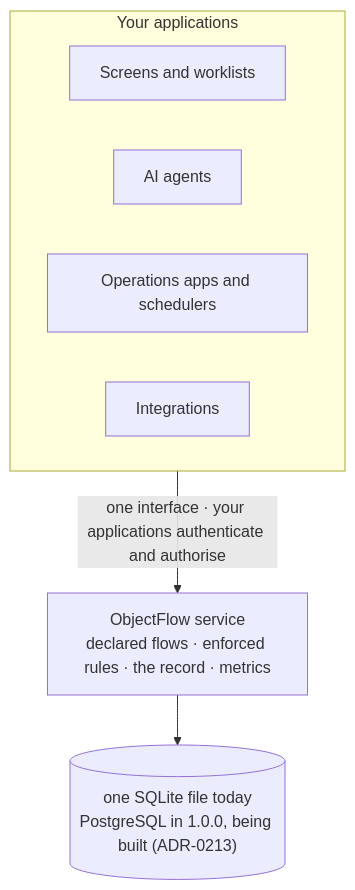
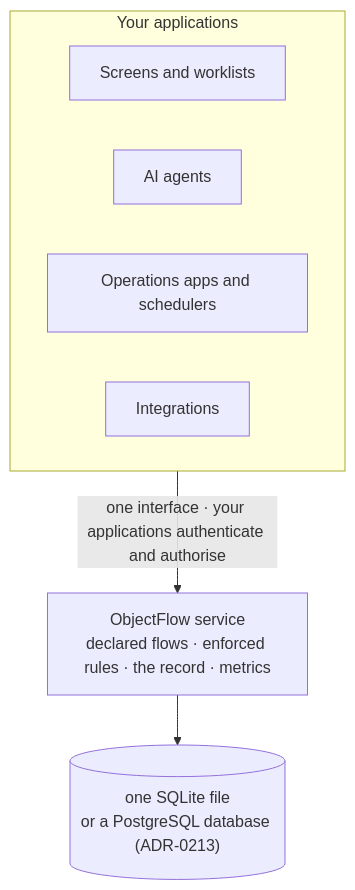
One commit to rxdu/object_flow changed the diagram in README.md. Above: the diagram before and after it, drawn with Mermaid. The commit also changed other lines of this file and 22 other files, not shown here.

````diff
--- a/README.md
+++ b/README.md
@@ -101,12 +101,12 @@
 ```mermaid
 flowchart TB
     subgraph apps["Your applications"]
         direction LR
         ui["Screens and worklists"]
         agents["AI agents"]
         ops["Operations apps and schedulers"]
         integ["Integrations"]
     end
     apps -->|"one interface · your applications authenticate and authorise"| core["ObjectFlow service<br/>declared flows · enforced rules · the record · metrics"]
-    core --> db[("one SQLite file today<br/>PostgreSQL in 1.0.0, being built (ADR-0213)")]
+    core --> db[("one SQLite file<br/>or a PostgreSQL database (ADR-0213)")]
 ```
````
